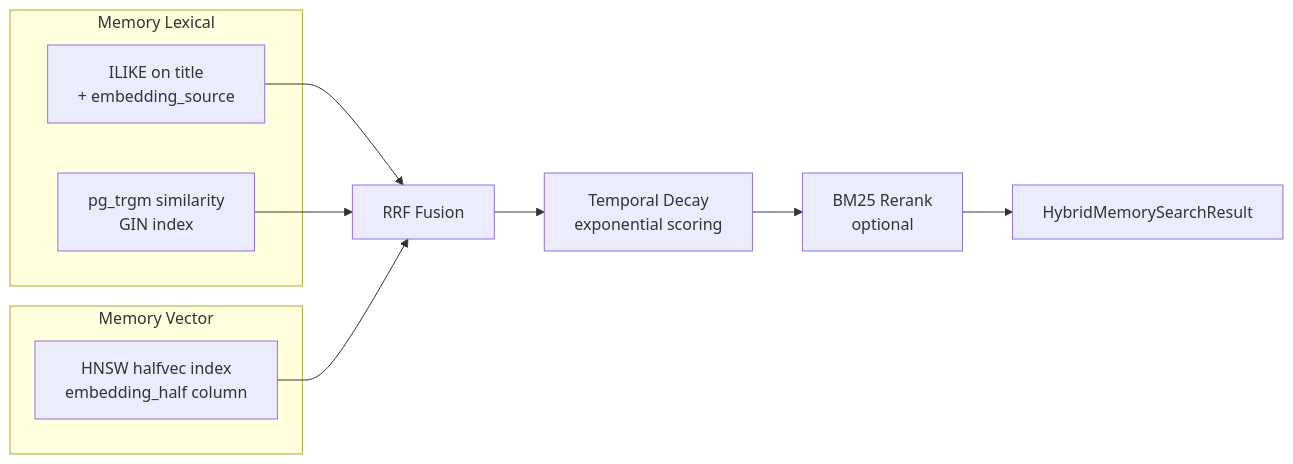
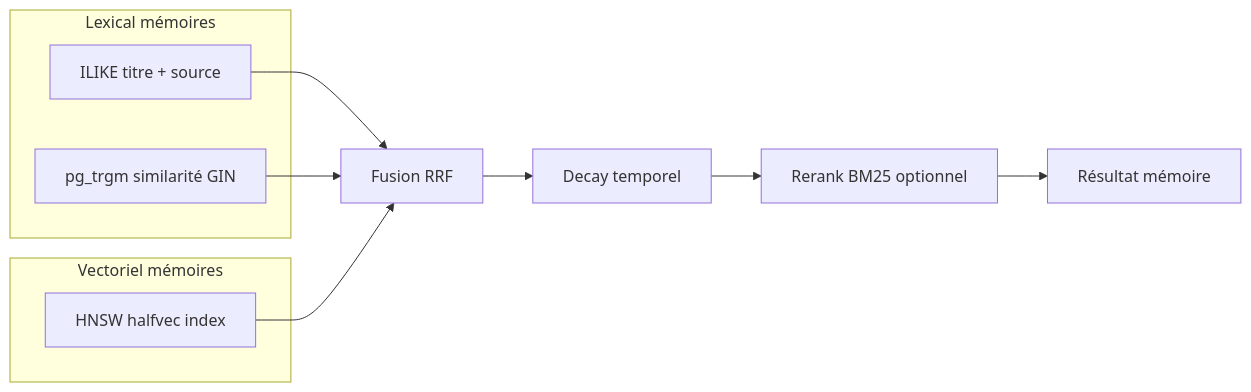
The fourth of 10 diagrams in docs/ARCHITECTURE.md (giak/mnemo-lite), drawn with Mermaid before and after one commit. The commit also changed other lines of this file and 1 other file, not shown here.

First line of the commit message:
docs: réécrire architecture en français avec diagrammes Mermaid valides

````diff
--- a/docs/ARCHITECTURE.md
+++ b/docs/ARCHITECTURE.md
@@ -174,19 +152,16 @@
 ```mermaid
 flowchart LR
-    subgraph "Memory Lexical"
-        ILIKE[ILIKE on title<br/>+ embedding_source]
-        TRGM[pg_trgm similarity<br/>GIN index]
+    subgraph "Lexical mémoires"
+        I[ILIKE titre + source]
+        T[pg_trgm similarité GIN]
     end
-
-    subgraph "Memory Vector"
-        HNSW[HNSW halfvec index<br/>embedding_half column]
+    subgraph "Vectoriel mémoires"
+        H[HNSW halfvec index]
     end
-
-    ILIKE --> MemFuse[RRF Fusion]
-    TRGM --> MemFuse
-    HNSW --> MemFuse
-
-    MemFuse --> MemDecay[Temporal Decay<br/>exponential scoring]
-    MemDecay --> MemRerank[BM25 Rerank<br/>optional]
-    MemRerank --> MemResult[HybridMemorySearchResult]
+    I --> MF[Fusion RRF]
+    T --> MF
+    H --> MF
+    MF --> MD[Decay temporel]
+    MD --> MR[Rerank BM25 optionnel]
+    MR --> ResM[Résultat mémoire]
 ```
````
